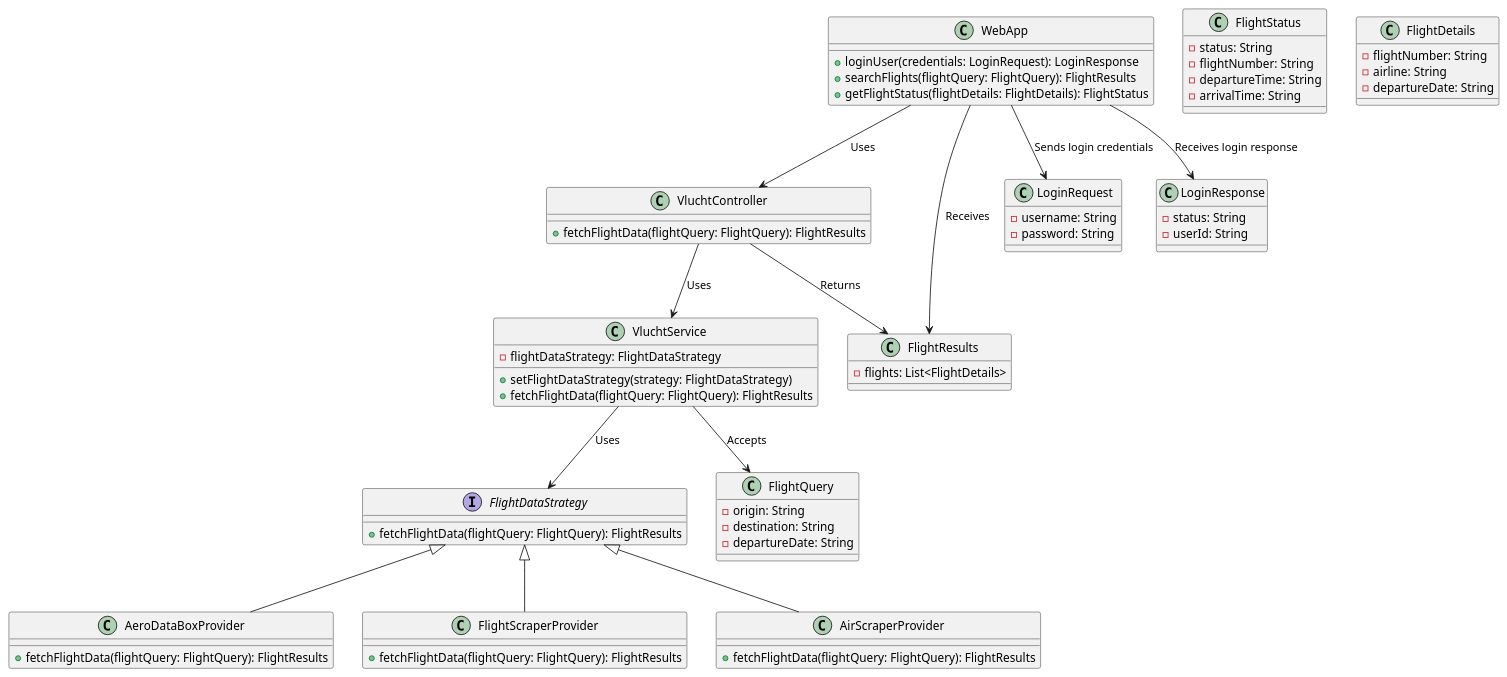
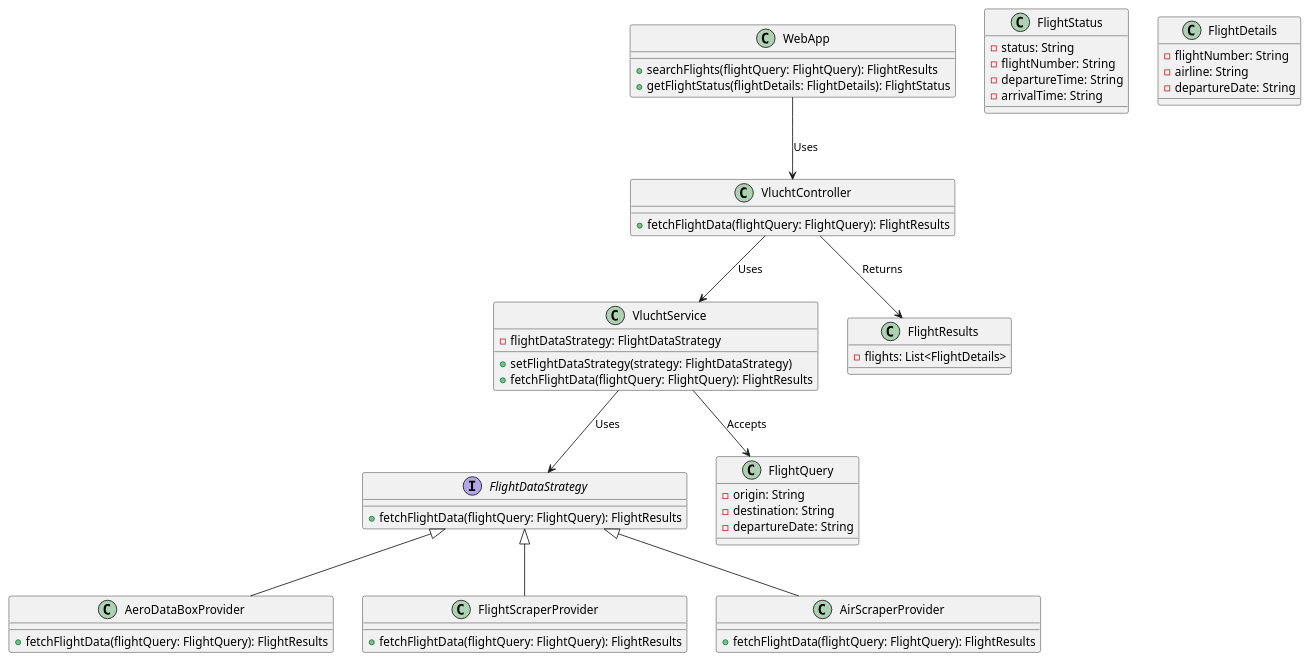
Before and after one commit to AIM-ENE-feb25/triptop-groep-b2: the diagram in classDiagramQuestion.puml, drawn with PlantUML.

Commit message:
updated class diagram

```diff
--- a/classDiagramQuestion.puml
+++ b/classDiagramQuestion.puml
@@ -1,83 +1,70 @@
 @startuml
 'https://plantuml.com/class-diagram
 
 class WebApp {
-    +loginUser(credentials: LoginRequest): LoginResponse
     +searchFlights(flightQuery: FlightQuery): FlightResults
     +getFlightStatus(flightDetails: FlightDetails): FlightStatus
 }
 
 class VluchtController {
     +fetchFlightData(flightQuery: FlightQuery): FlightResults
 }
 
 class VluchtService {
     -flightDataStrategy: FlightDataStrategy
     +setFlightDataStrategy(strategy: FlightDataStrategy)
     +fetchFlightData(flightQuery: FlightQuery): FlightResults
 }
 
 interface FlightDataStrategy {
     +fetchFlightData(flightQuery: FlightQuery): FlightResults
 }
 
 class AeroDataBoxProvider {
     +fetchFlightData(flightQuery: FlightQuery): FlightResults
 }
 
 class FlightScraperProvider {
     +fetchFlightData(flightQuery: FlightQuery): FlightResults
 }
 
 class AirScraperProvider {
     +fetchFlightData(flightQuery: FlightQuery): FlightResults
 }
 
 class FlightStatus {
     -status: String
     -flightNumber: String
     -departureTime: String
     -arrivalTime: String
 }
 
 class FlightDetails {
     -flightNumber: String
     -airline: String
     -departureDate: String
 }
 
 class FlightQuery {
     -origin: String
     -destination: String
     -departureDate: String
 }
 
 class FlightResults {
     -flights: List<FlightDetails>
 }
 
-class LoginRequest {
-    -username: String
-    -password: String
-}
-
-class LoginResponse {
-    -status: String
-    -userId: String
-}
 
 ' Relationships
 WebApp --> VluchtController : "Uses"
-WebApp --> LoginRequest : "Sends login credentials"
-WebApp --> LoginResponse : "Receives login response"
 VluchtController --> VluchtService : "Uses"
 VluchtService --> FlightDataStrategy : "Uses"
 VluchtService --> FlightQuery : "Accepts"
 VluchtController --> FlightResults : "Returns"
-WebApp --> FlightResults : "Receives"
 
 FlightDataStrategy <|-- AeroDataBoxProvider
 FlightDataStrategy <|-- FlightScraperProvider
 FlightDataStrategy <|-- AirScraperProvider
 
 @enduml
```
